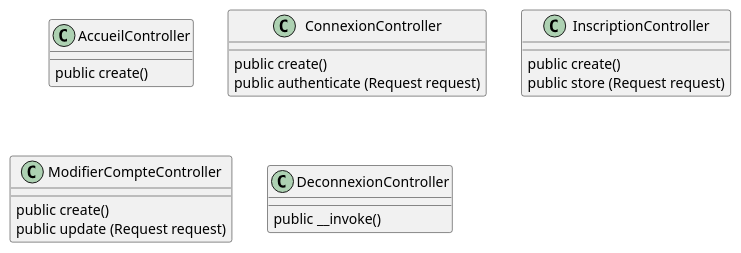
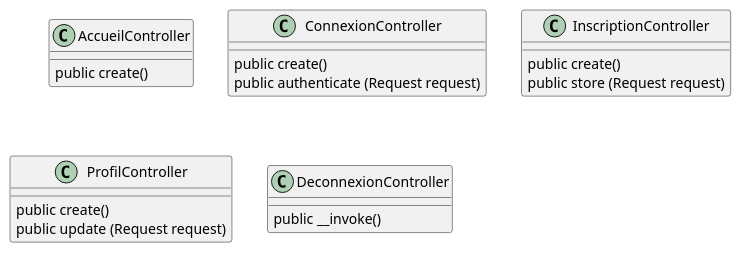
Before and after one commit to lmtb06/charevent: the diagram in src/UML/diagramme_controllers.wsd, drawn with PlantUML. The commit also changed 7 other files, not shown here.

Commit message:
Mis a jour diagramme de classes - modification des noms des Contollers

```diff
--- a/src/UML/diagramme_controllers.wsd
+++ b/src/UML/diagramme_controllers.wsd
@@ -1,26 +1,26 @@
 @startuml diagrammeControllers
 
 class AccueilController{
     public create()
 }
 
 class ConnexionController{
     public create()
     public authenticate (Request request)
 }
 
 class InscriptionController{
     public create()
     public store (Request request)
 }
 
-class ModifierCompteController{
+class ProfilController{
     public create()
     public update (Request request)
 }
 
 class DeconnexionController{
     public __invoke()
 }
 
 @enduml
```
